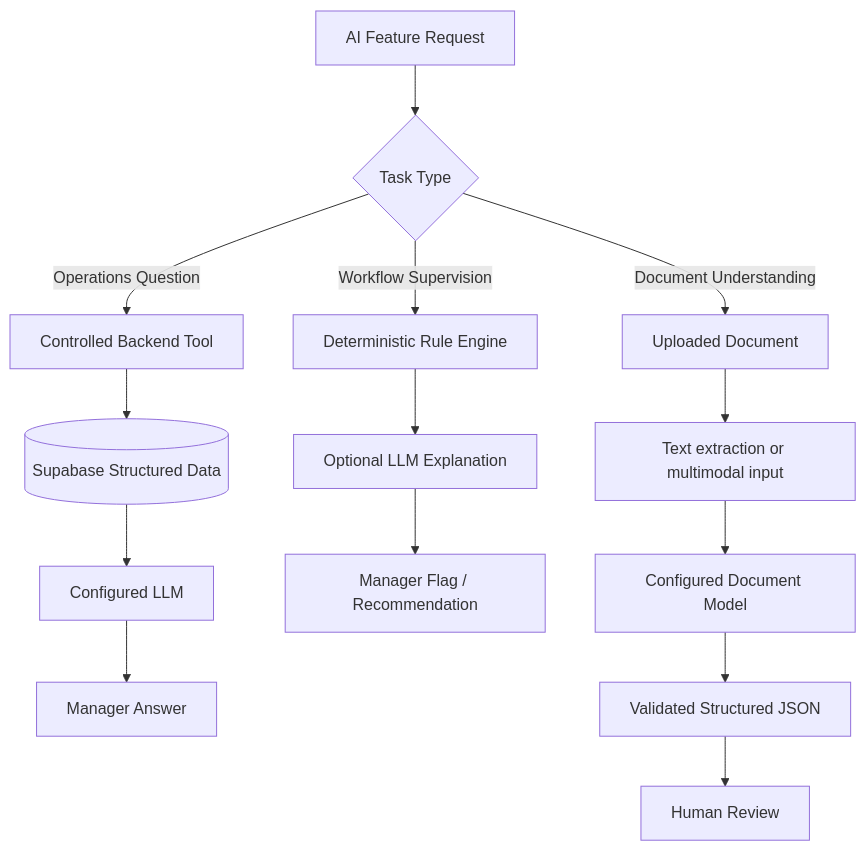
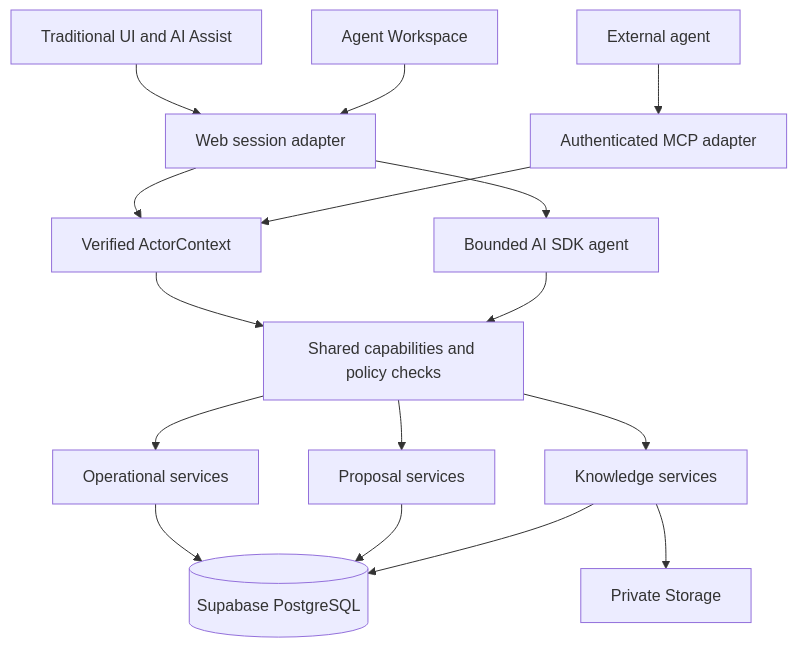
Before and after one commit to wong001110/sejukops-assessment: the diagram in docs/SYSTEM_SPEC.md, drawn with Mermaid. The commit also changed other lines of this file and 9 other files, not shown here.

````diff
--- a/docs/SYSTEM_SPEC.md
+++ b/docs/SYSTEM_SPEC.md
@@ -781,19 +80,18 @@
 ```mermaid
 flowchart TB
-    REQ[AI Feature Request] --> TYPE{Task Type}
-
-    TYPE -->|Operations Question| TOOL[Controlled Backend Tool]
-    TOOL --> DB[(Supabase Structured Data)]
-    DB --> LLM[Configured LLM]
-    LLM --> ANSWER[Manager Answer]
-
-    TYPE -->|Workflow Supervision| RULE[Deterministic Rule Engine]
-    RULE --> EXPLAIN[Optional LLM Explanation]
-    EXPLAIN --> FLAG[Manager Flag / Recommendation]
-
-    TYPE -->|Document Understanding| DOC[Uploaded Document]
-    DOC --> INPUT[Text extraction or multimodal input]
-    INPUT --> MODEL[Configured Document Model]
-    MODEL --> JSON[Validated Structured JSON]
-    JSON --> REVIEW[Human Review]
+    GUI[Traditional UI and AI Assist] --> WEB[Web session adapter]
+    UI[Agent Workspace] --> WEB
+    WEB --> ACTOR[Verified ActorContext]
+    EXT[External agent] --> MCP[Authenticated MCP adapter]
+    MCP --> ACTOR
+    ACTOR --> CAP[Shared capabilities and policy checks]
+    AGENT[Bounded AI SDK agent] --> CAP
+    WEB --> AGENT
+    CAP --> OPS[Operational services]
+    CAP --> KB[Knowledge services]
+    CAP --> PROP[Proposal services]
+    OPS --> DB[(Supabase PostgreSQL)]
+    PROP --> DB
+    KB --> DB
+    KB --> STORE[Private Storage]
 ```
````
